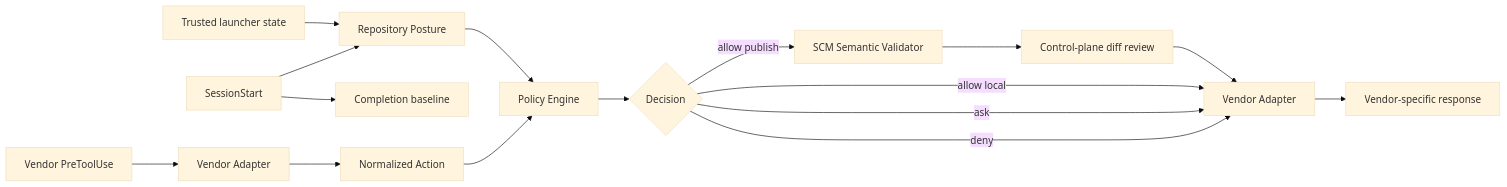
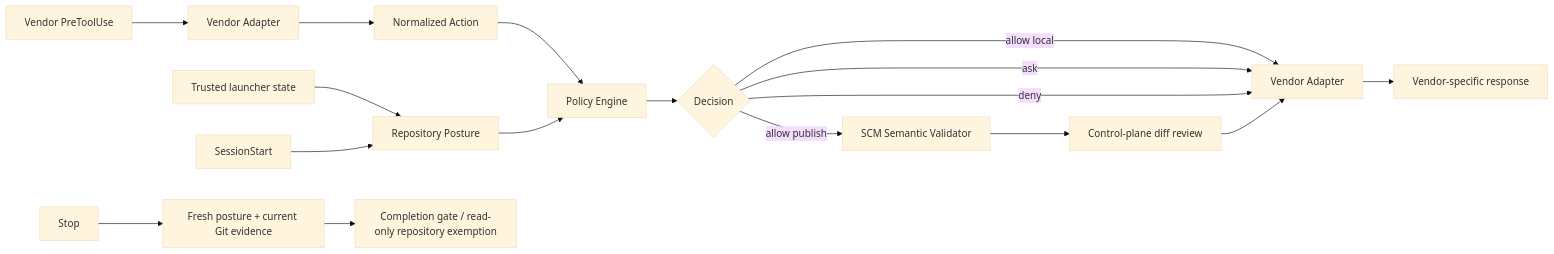
The first of 2 diagrams in AGENTS.md (tomo-chan/agent-harness), drawn with Mermaid (base theme) before and after one commit. The commit also changed other lines of this file, not shown here.

````diff
--- a/AGENTS.md
+++ b/AGENTS.md
@@ -65,18 +66,19 @@
 ```mermaid
 flowchart LR
     TL[Trusted launcher state] --> RP[Repository Posture]
     SS[SessionStart] --> RP
-    SS --> CS[Completion baseline]
     V[Vendor PreToolUse] --> A1[Vendor Adapter]
     A1 --> N[Normalized Action]
     N --> P[Policy Engine]
     RP --> P
     P --> D{Decision}
     D -->|allow publish| SV[SCM Semantic Validator]
     D -->|allow local| A2[Vendor Adapter]
     D -->|ask| A2
     D -->|deny| A2
     SV --> CP[Control-plane diff review]
     CP --> A2
     A2 --> R[Vendor-specific response]
+    ST[Stop] --> AR[Fresh posture + current Git evidence]
+    AR --> CG[Completion gate / read-only repository exemption]
 ```
````
